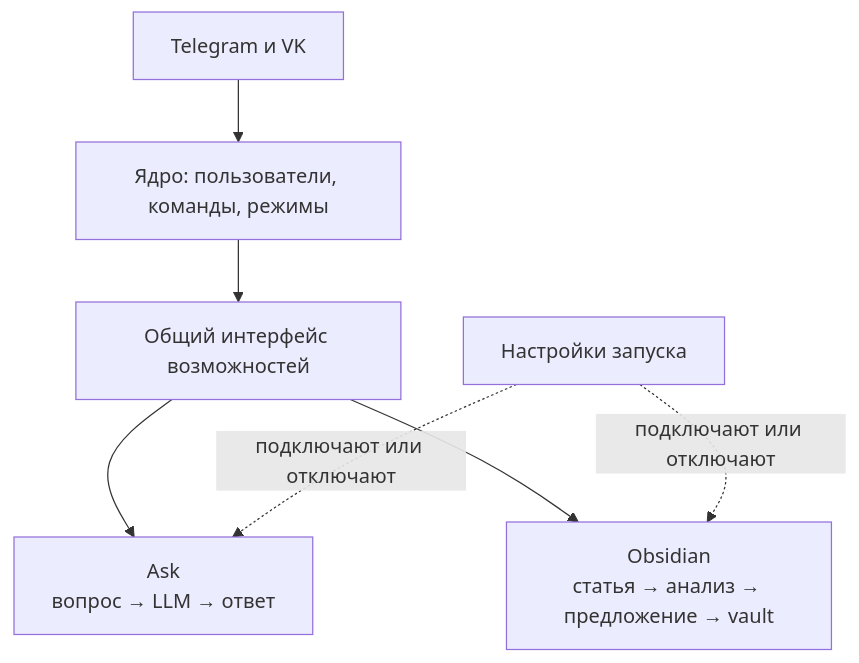
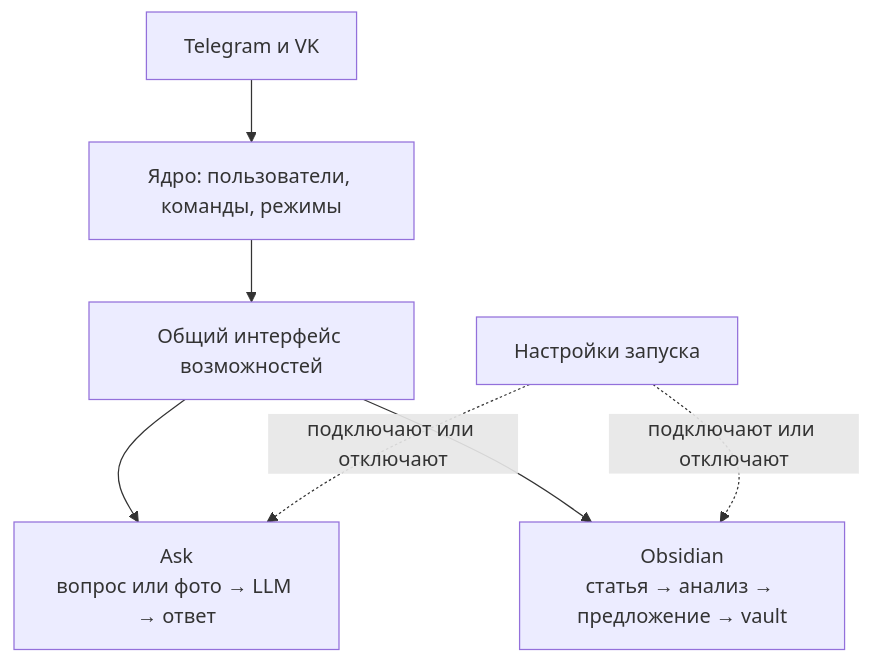
The first of 3 diagrams in README.md (karateka-git/compadre-assistant), drawn with Mermaid before and after one commit. The commit also changed other lines of this file and 15 other files, not shown here.

````diff
--- a/README.md
+++ b/README.md
@@ -44,9 +45,9 @@
 ```mermaid
 flowchart TB
     Channels[Telegram и VK] --> Core[Ядро: пользователи, команды, режимы]
     Core --> Ports[Общий интерфейс возможностей]
-    Ports --> Ask["Ask<br/>вопрос → LLM → ответ"]
+    Ports --> Ask["Ask<br/>вопрос или фото → LLM → ответ"]
     Ports --> Obsidian["Obsidian<br/>статья → анализ → предложение → vault"]
     Config[Настройки запуска] -. подключают или отключают .-> Ask
     Config -. подключают или отключают .-> Obsidian
 ```
````
